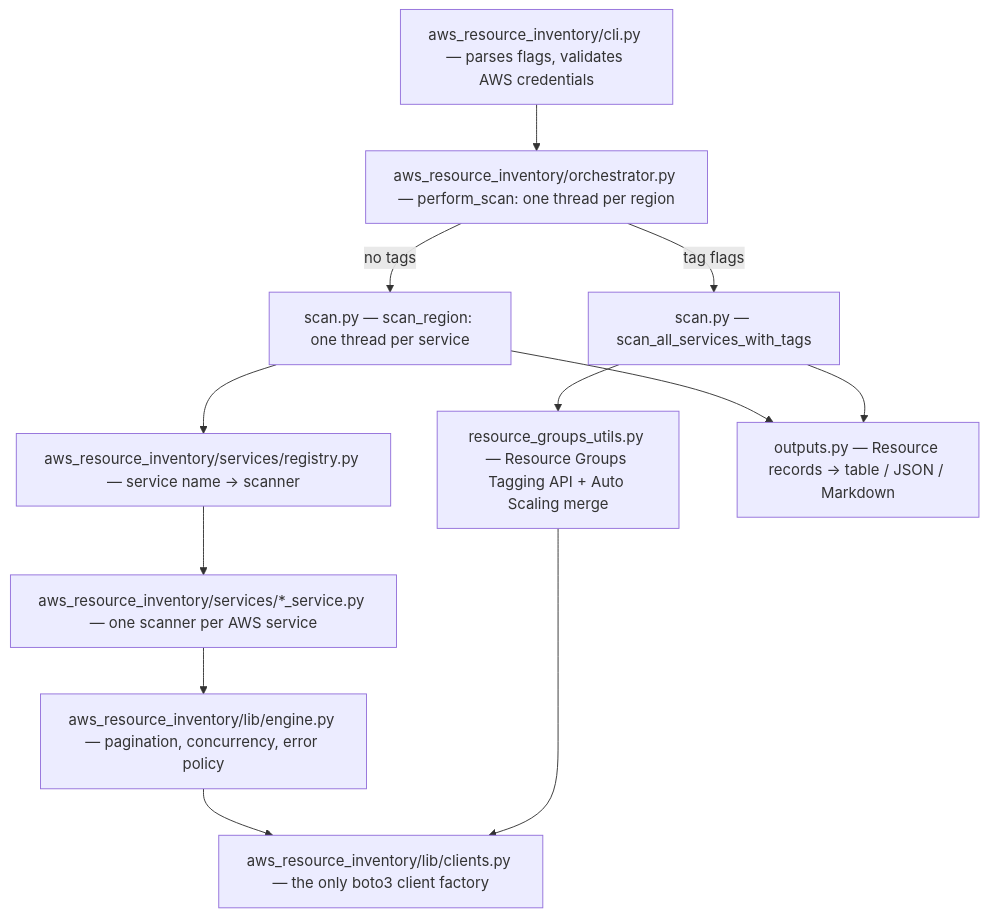
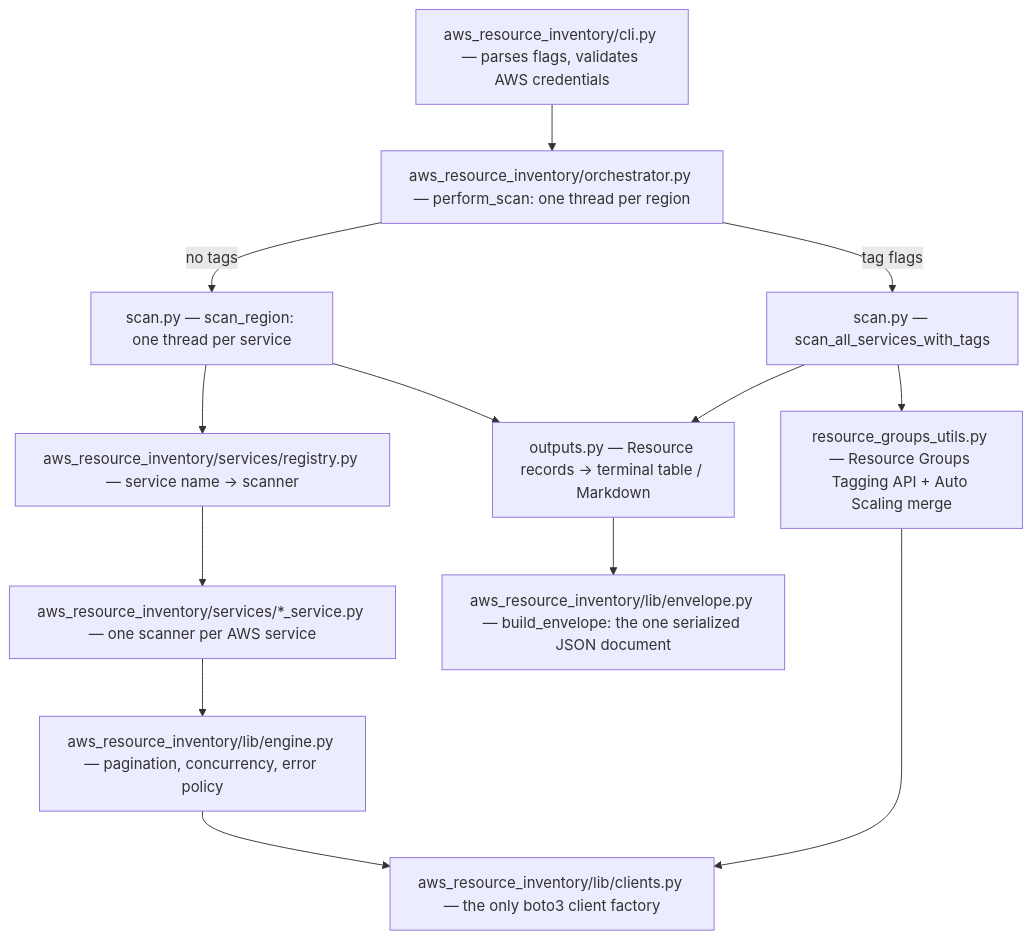
Before and after one commit to ishuar/aws-resource-inventory: the diagram in docs/Architecture.md, drawn with Mermaid. The commit also changed other lines of this file and 14 other files, not shown here.

First line of the commit message:
feat!: scan output is a self-describing JSON document (#58)

````diff
--- a/docs/Architecture.md
+++ b/docs/Architecture.md
@@ -8,14 +8,15 @@
 ```mermaid
 flowchart TD
     CLI["aws_resource_inventory/cli.py — parses flags, validates AWS credentials"] --> P["aws_resource_inventory/orchestrator.py — perform_scan: one thread per region"]
     P -->|no tags| R["scan.py — scan_region: one thread per service"]
     P -->|tag flags| T["scan.py — scan_all_services_with_tags"]
     R --> REG["aws_resource_inventory/services/registry.py — service name → scanner"]
     REG --> SVC["aws_resource_inventory/services/*_service.py — one scanner per AWS service"]
     T --> RG["resource_groups_utils.py — Resource Groups Tagging API + Auto Scaling merge"]
     SVC --> ENG["aws_resource_inventory/lib/engine.py — pagination, concurrency, error policy"]
     ENG --> CL["aws_resource_inventory/lib/clients.py — the only boto3 client factory"]
     RG --> CL
-    R --> OUT["outputs.py — Resource records → table / JSON / Markdown"]
+    R --> OUT["outputs.py — Resource records → terminal table / Markdown"]
     T --> OUT
+    OUT --> ENV["aws_resource_inventory/lib/envelope.py — build_envelope: the one serialized JSON document"]
 ```
````
